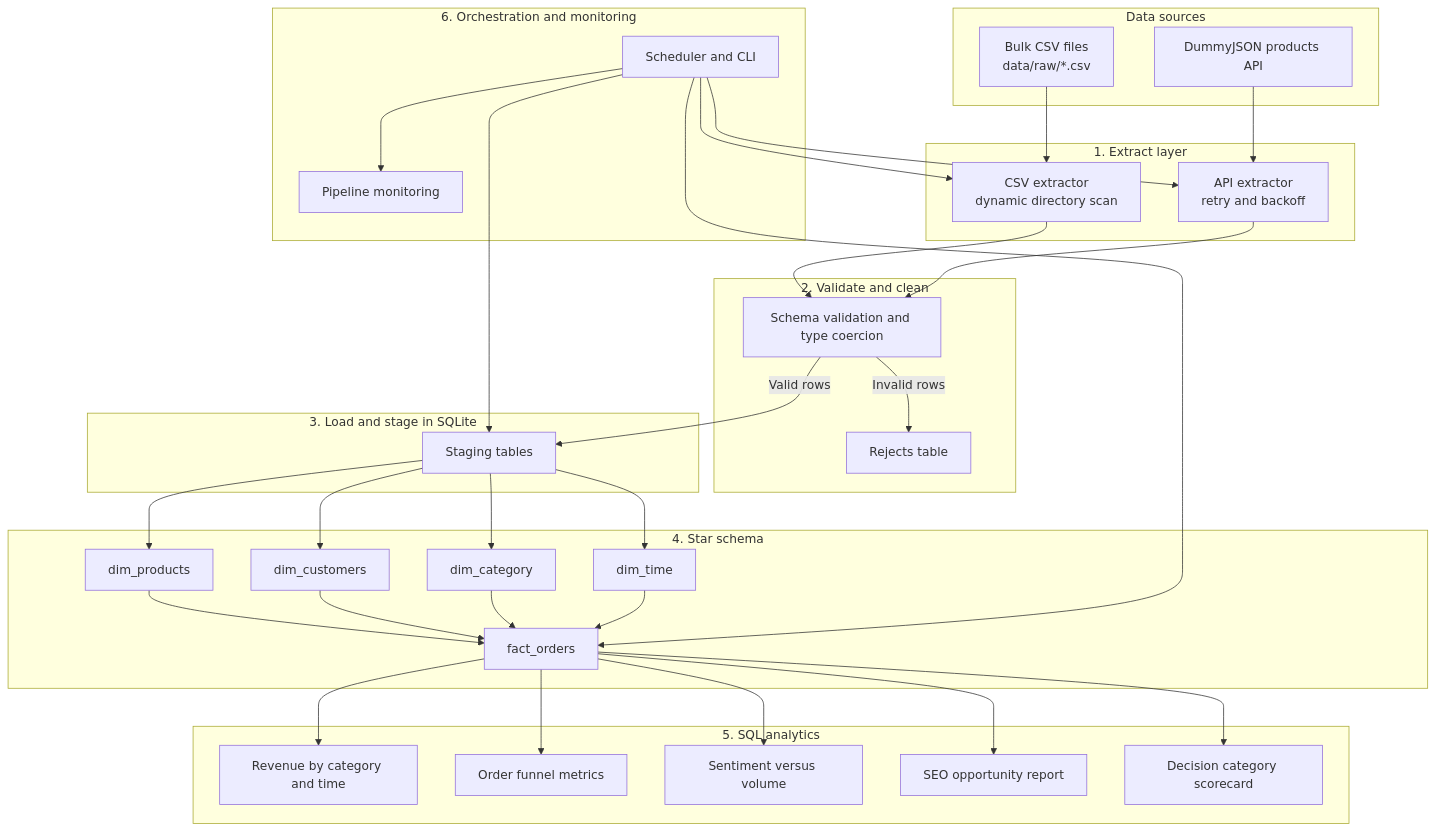
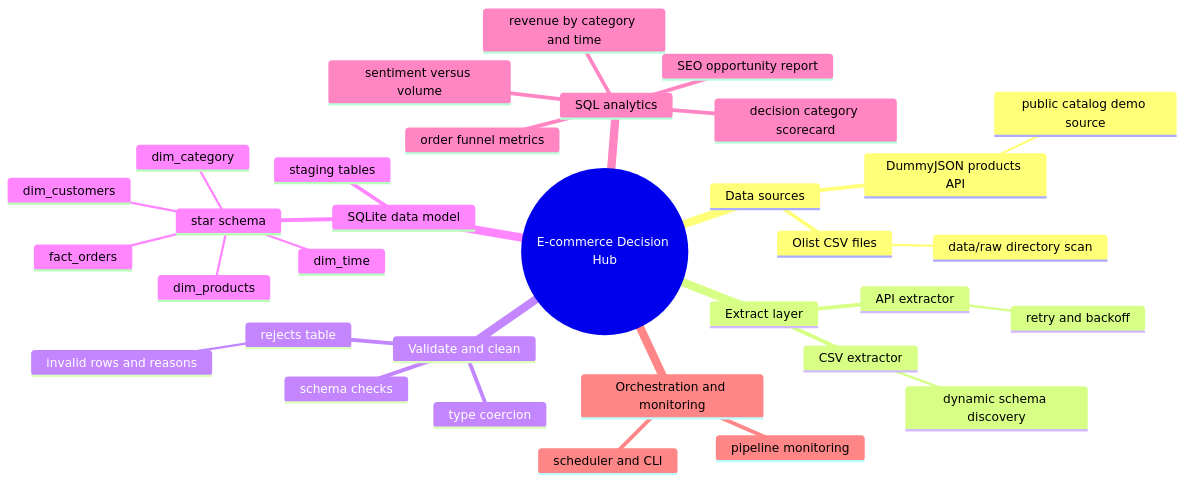
One commit to Praveen36987/e-com_Ing-pipleline.demo changed the diagram in docs/architecture.md. Above: the diagram before and after it, drawn with Mermaid. The commit also changed other lines of this file, not shown here.

Commit message:
Convert architecture diagram to mind map

````diff
--- a/docs/architecture.md
+++ b/docs/architecture.md
@@ -7,67 +7,36 @@
 ```mermaid
-flowchart TD
-    subgraph sources["Data sources"]
-        CSV["Bulk CSV files<br/>data/raw/*.csv"]
-        API["DummyJSON products API"]
-    end
-
-    subgraph extract["1. Extract layer"]
-        CSV_EXT["CSV extractor<br/>dynamic directory scan"]
-        API_EXT["API extractor<br/>retry and backoff"]
-    end
-
-    subgraph validate["2. Validate and clean"]
-        VAL["Schema validation and type coercion"]
-        REJ["Rejects table"]
-    end
-
-    subgraph load["3. Load and stage in SQLite"]
-        STAGE["Staging tables"]
-    end
-
-    subgraph model["4. Star schema"]
-        DIM_P["dim_products"]
-        DIM_C["dim_customers"]
-        DIM_CAT["dim_category"]
-        DIM_T["dim_time"]
-        FACT_O["fact_orders"]
-    end
-
-    subgraph analytics["5. SQL analytics"]
-        REV_V["Revenue by category and time"]
-        FUN_V["Order funnel metrics"]
-        SENT_V["Sentiment versus volume"]
-        SEO_V["SEO opportunity report"]
-        SCORE["Decision category scorecard"]
-    end
-
-    subgraph orchestration["6. Orchestration and monitoring"]
-        SCHED["Scheduler and CLI"]
-        MON["Pipeline monitoring"]
-    end
-
-    CSV --> CSV_EXT
-    API --> API_EXT
-    CSV_EXT --> VAL
-    API_EXT --> VAL
-    VAL -->|Invalid rows| REJ
-    VAL -->|Valid rows| STAGE
-    STAGE --> DIM_P
-    STAGE --> DIM_C
-    STAGE --> DIM_CAT
-    STAGE --> DIM_T
-    DIM_P --> FACT_O
-    DIM_C --> FACT_O
-    DIM_CAT --> FACT_O
-    DIM_T --> FACT_O
-    FACT_O --> REV_V
-    FACT_O --> FUN_V
-    FACT_O --> SENT_V
-    FACT_O --> SEO_V
-    FACT_O --> SCORE
-    SCHED --> CSV_EXT
-    SCHED --> API_EXT
-    SCHED --> STAGE
-    SCHED --> FACT_O
-    SCHED --> MON
+mindmap
+  root((E-commerce Decision Hub))
+    Data sources
+      Olist CSV files
+        data/raw directory scan
+      DummyJSON products API
+        public catalog demo source
+    Extract layer
+      CSV extractor
+        dynamic schema discovery
+      API extractor
+        retry and backoff
+    Validate and clean
+      schema checks
+      type coercion
+      rejects table
+        invalid rows and reasons
+    SQLite data model
+      staging tables
+      star schema
+        dim_products
+        dim_customers
+        dim_category
+        dim_time
+        fact_orders
+    SQL analytics
+      revenue by category and time
+      order funnel metrics
+      sentiment versus volume
+      SEO opportunity report
+      decision category scorecard
+    Orchestration and monitoring
+      scheduler and CLI
+      pipeline monitoring
 ```
````
